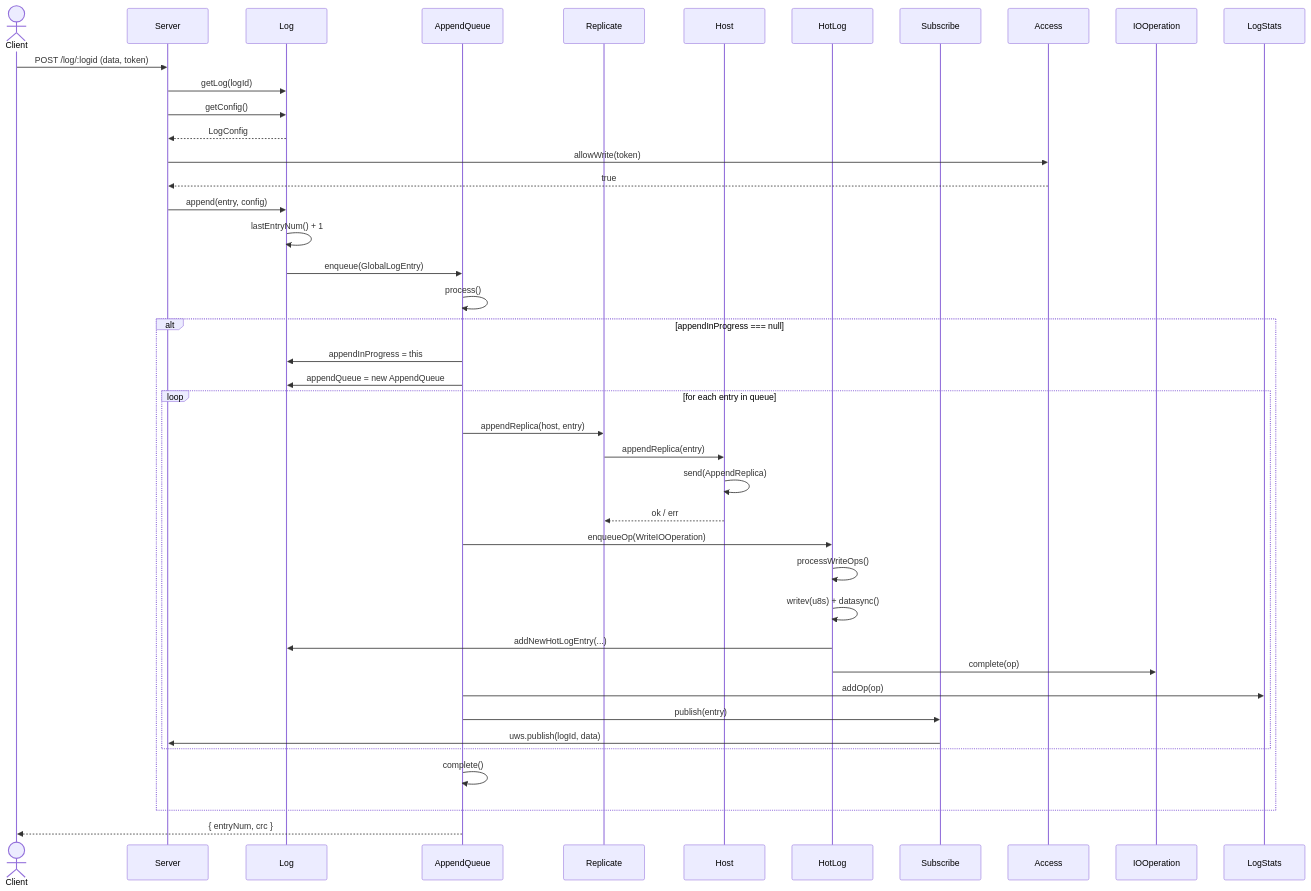
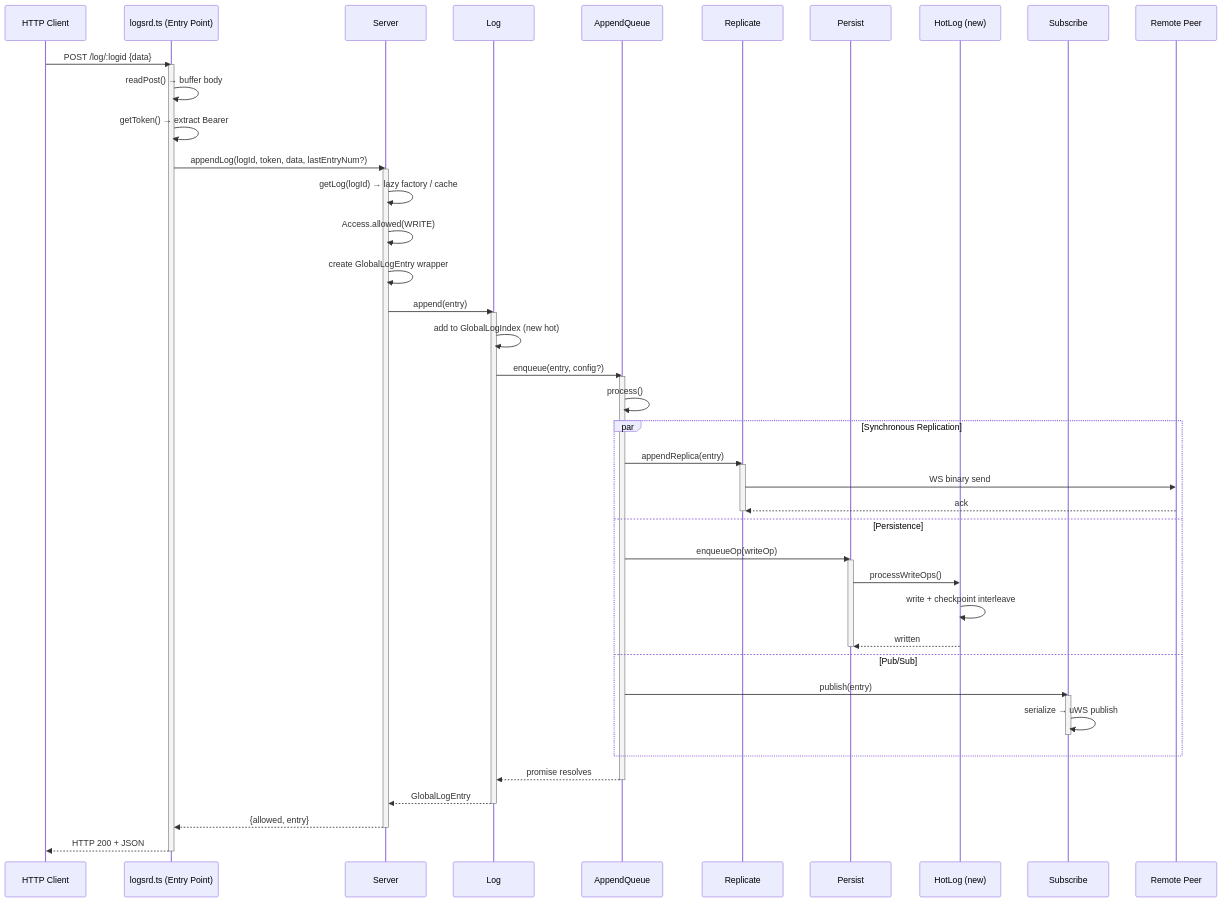
One commit to warncke/logsrd changed the second of 2 diagrams in technical-specification.md. Above: the diagram before and after it, drawn with Mermaid. The commit also changed other lines of this file and 176 other files, not shown here.

````diff
--- a/technical-specification.md
+++ b/technical-specification.md
@@ -914,49 +348,65 @@
 ```mermaid
 sequenceDiagram
-    actor Client
-    participant Server
-    participant Log
-    participant AppendQueue
-    participant Replicate
-    participant Host
-    participant HotLog
-    participant Subscribe
+    participant Client as HTTP Client
+    participant EP as logsrd.ts (Entry Point)
+    participant S as Server
+    participant L as Log
+    participant AQ as AppendQueue
+    participant Rep as Replicate
+    participant PER as Persist
+    participant HL as HotLog (new)
+    participant Sub as Subscribe
+    participant Peer as Remote Peer
 
-    Client->>Server: POST /log/:logid (data, token)
-    Server->>Log: getLog(logId)
-    Server->>Log: getConfig()
-    Log-->>Server: LogConfig
-    Server->>Access: allowWrite(token)
-    Access-->>Server: true
-    Server->>Log: append(entry, config)
+    Client->>EP: POST /log/:logid {data}
+    activate EP
 
-    Log->>Log: lastEntryNum() + 1
-    Log->>AppendQueue: enqueue(GlobalLogEntry)
-    AppendQueue->>AppendQueue: process()
+    EP->>EP: readPost() → buffer body
+    EP->>EP: getToken() → extract Bearer
+    EP->>S: appendLog(logId, token, data, lastEntryNum?)
 
-    alt appendInProgress === null
-        AppendQueue->>Log: appendInProgress = this
-        AppendQueue->>Log: appendQueue = new AppendQueue
+    activate S
+    S->>S: getLog(logId) → lazy factory / cache
+    S->>S: Access.allowed(WRITE)
+    S->>S: create GlobalLogEntry wrapper
+    S->>L: append(entry)
 
-        loop for each entry in queue
-            AppendQueue->>Replicate: appendReplica(host, entry)
-            Replicate->>Host: appendReplica(entry)
-            Host->>Host: send(AppendReplica)
-            Host-->>Replicate: ok / err
+    activate L
+    L->>L: add to GlobalLogIndex (new hot)
+    L->>AQ: enqueue(entry, config?)
 
-            AppendQueue->>HotLog: enqueueOp(WriteIOOperation)
-            HotLog->>HotLog: processWriteOps()
-            HotLog->>HotLog: writev(u8s) + datasync()
-            HotLog->>Log: addNewHotLogEntry(...)
-            HotLog->>IOOperation: complete(op)
+    activate AQ
+    AQ->>AQ: process()
 
-            AppendQueue->>LogStats: addOp(op)
-            AppendQueue->>Subscribe: publish(entry)
-            Subscribe->>Server: uws.publish(logId, data)
-        end
-
-        AppendQueue->>AppendQueue: complete()
+    par Synchronous Replication
+        AQ->>Rep: appendReplica(entry)
+        activate Rep
+        Rep->>Peer: WS binary send
+        Peer-->>Rep: ack
+        deactivate Rep
+    and Persistence
+        AQ->>PER: enqueueOp(writeOp)
+        activate PER
+        PER->>HL: processWriteOps()
+        HL->>HL: write + checkpoint interleave
+        HL-->>PER: written
+        deactivate PER
+    and Pub/Sub
+        AQ->>Sub: publish(entry)
+        activate Sub
+        Sub->>Sub: serialize → uWS publish
+        deactivate Sub
     end
 
-    AppendQueue-->>Client: { entryNum, crc }
+    AQ-->>L: promise resolves
+    deactivate AQ
+
+    L-->>S: GlobalLogEntry
+    deactivate L
+
+    S-->>EP: {allowed, entry}
+    deactivate S
+
+    EP-->>Client: HTTP 200 + JSON
+    deactivate EP
 ```
````
